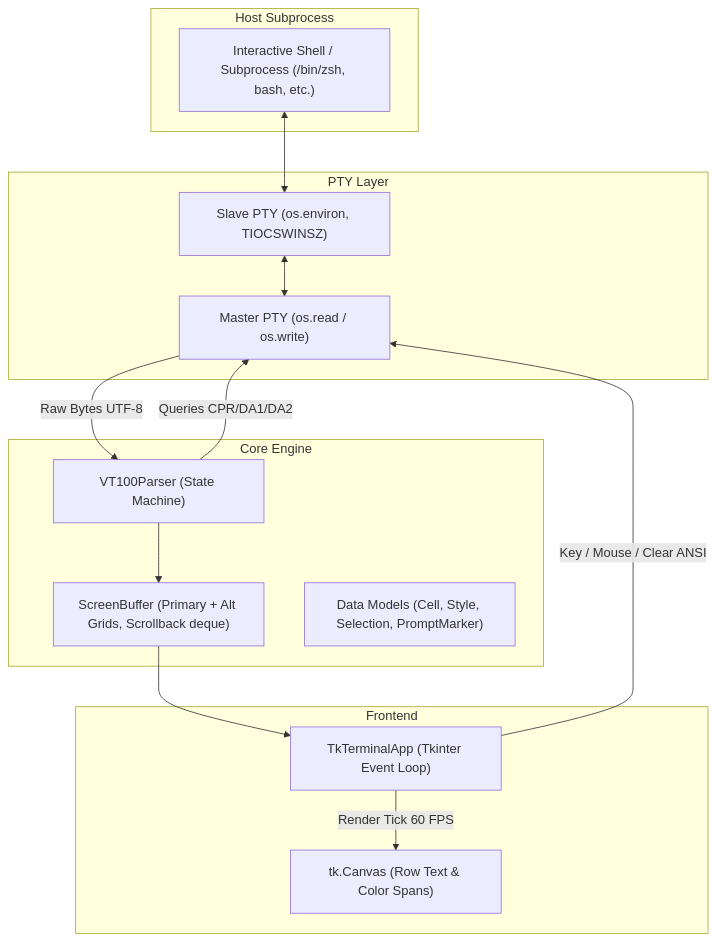
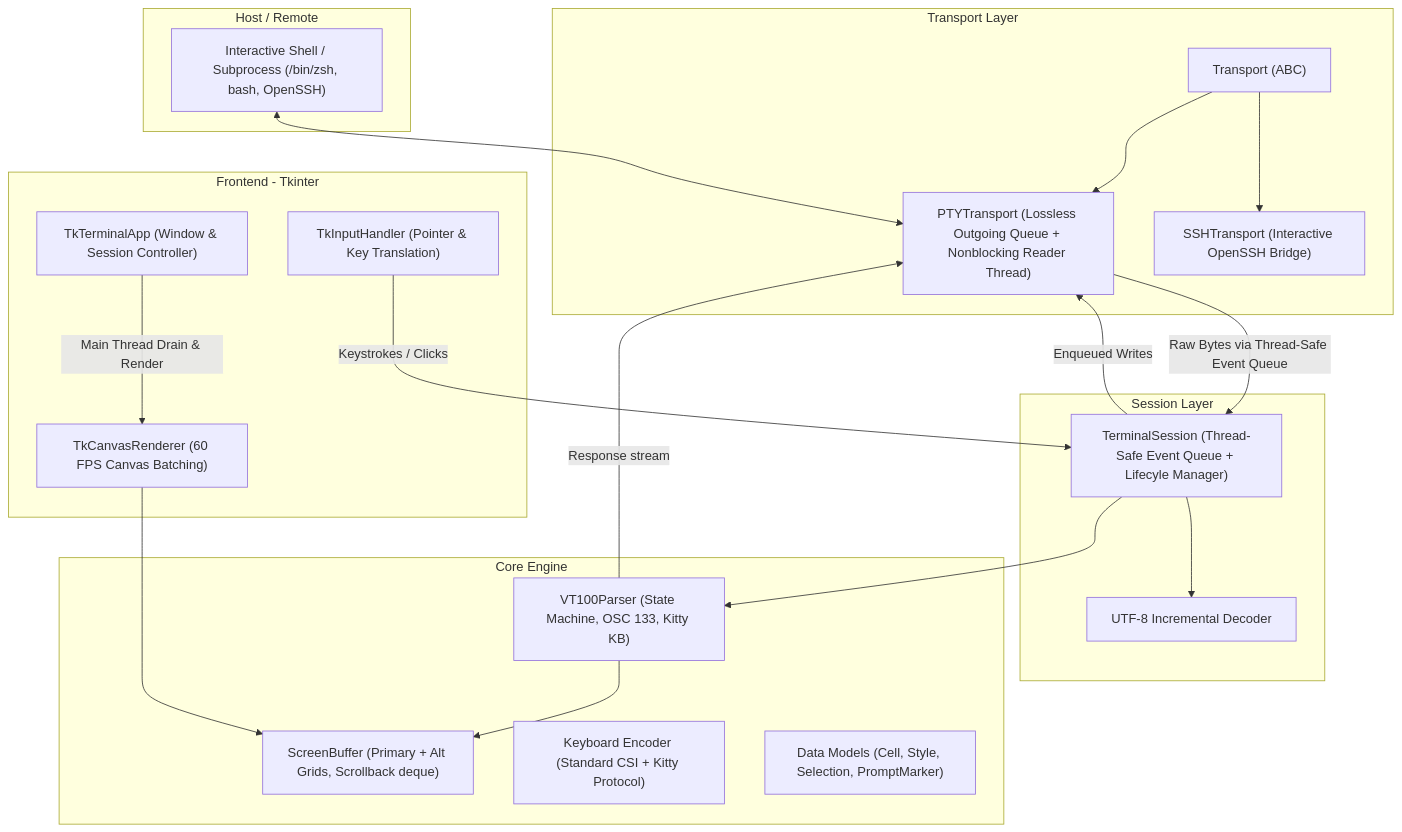
Before and after one commit to wispsy/clownfish: the diagram in docs/architecture.md, drawn with Mermaid. The commit also changed other lines of this file and 11 other files, not shown here.

First line of the commit message:
fix(stabilization): v0.3.1 thread-safe queues, write buffering, parser escape termination, and transport decoupling (#23)

````diff
--- a/docs/architecture.md
+++ b/docs/architecture.md
@@ -5,31 +5,43 @@
 ```mermaid
 flowchart TD
-    subgraph Host Subprocess
-        Shell["Interactive Shell / Subprocess (/bin/zsh, bash, etc.)"]
+    subgraph Host / Remote
+        Shell["Interactive Shell / Subprocess (/bin/zsh, bash, OpenSSH)"]
     end
 
-    subgraph PTY Layer
-        MasterFD["Master PTY (os.read / os.write)"]
-        SlaveFD["Slave PTY (os.environ, TIOCSWINSZ)"]
+    subgraph Transport Layer
+        Transport["Transport (ABC)"]
+        PTY["PTYTransport (Lossless Outgoing Queue + Nonblocking Reader Thread)"]
+        SSH["SSHTransport (Interactive OpenSSH Bridge)"]
+        Transport --> PTY
+        Transport --> SSH
+    end
+
+    subgraph Session Layer
+        Session["TerminalSession (Thread-Safe Event Queue + Lifecyle Manager)"]
+        UTF8["UTF-8 Incremental Decoder"]
+        Session --> UTF8
     end
 
     subgraph Core Engine
-        Parser["VT100Parser (State Machine)"]
+        Parser["VT100Parser (State Machine, OSC 133, Kitty KB)"]
         Screen["ScreenBuffer (Primary + Alt Grids, Scrollback deque)"]
+        Keyboard["Keyboard Encoder (Standard CSI + Kitty Protocol)"]
         Models["Data Models (Cell, Style, Selection, PromptMarker)"]
     end
 
-    subgraph Frontend
-        App["TkTerminalApp (Tkinter Event Loop)"]
-        Canvas["tk.Canvas (Row Text & Color Spans)"]
+    subgraph Frontend - Tkinter
+        App["TkTerminalApp (Window & Session Controller)"]
+        Renderer["TkCanvasRenderer (60 FPS Canvas Batching)"]
+        InputHandler["TkInputHandler (Pointer & Key Translation)"]
     end
 
-    Shell <--> SlaveFD
-    SlaveFD <--> MasterFD
-    MasterFD -->|Raw Bytes UTF-8| Parser
+    Shell <--> PTY
+    PTY -->|Raw Bytes via Thread-Safe Event Queue| Session
+    Session --> Parser
     Parser --> Screen
-    Parser -->|Queries CPR/DA1/DA2| MasterFD
-    App -->|Render Tick 60 FPS| Canvas
-    Screen --> App
-    App -->|Key / Mouse / Clear ANSI| MasterFD
+    Parser -->|Response stream| PTY
+    App -->|Main Thread Drain & Render| Renderer
+    Renderer --> Screen
+    InputHandler -->|Keystrokes / Clicks| Session
+    Session -->|Enqueued Writes| PTY
 ```
````
